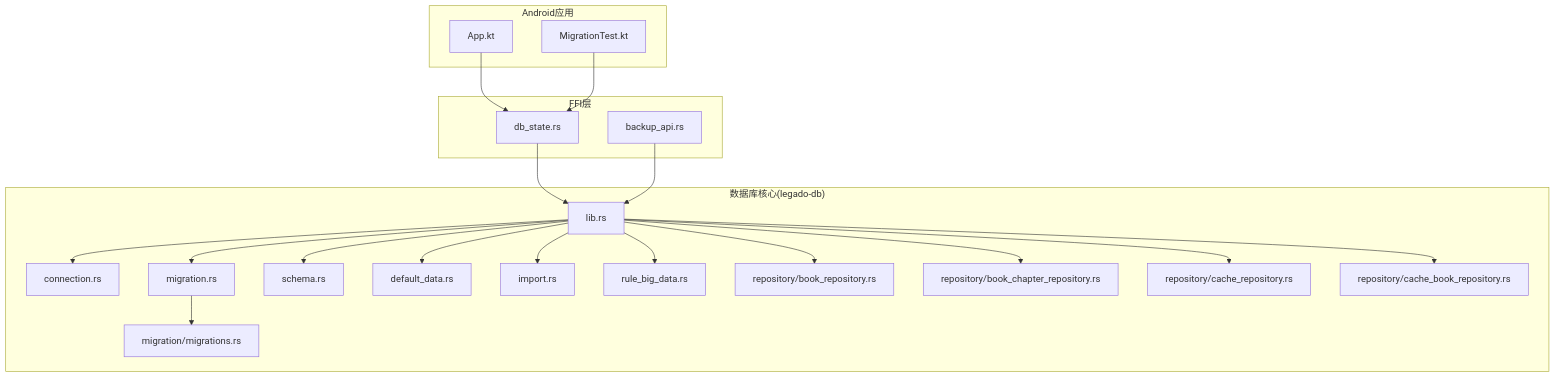
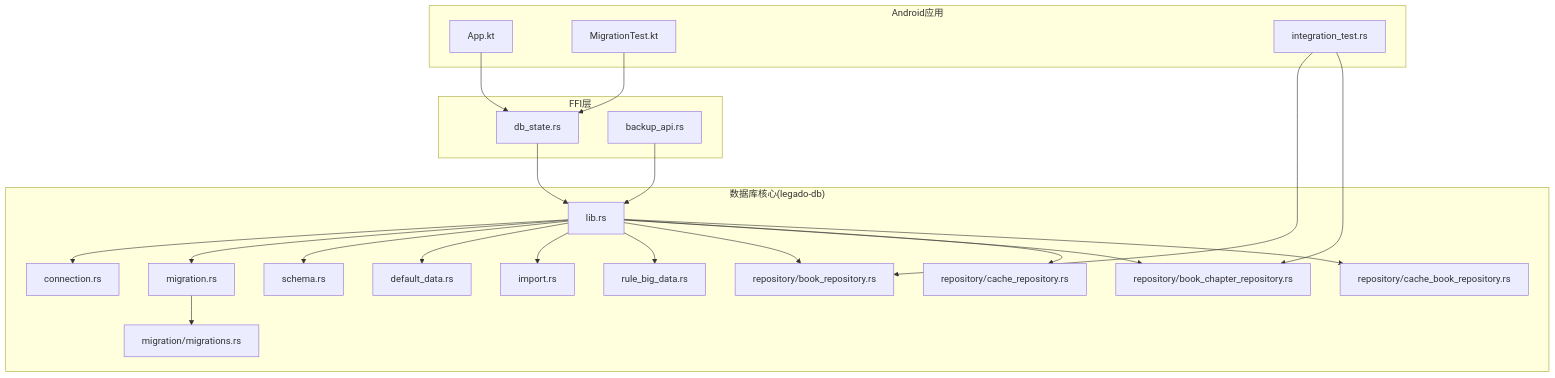
The first of 11 diagrams in .qoder/repowiki/zh/content/Rust核心库/数据库层/数据库层.md (ZhangGHGitHub/LegadoTeamFlutter), drawn with Mermaid before and after one commit. The commit also changed other lines of this file and 173 other files, not shown here.

````diff
--- a/.qoder/repowiki/zh/content/Rust核心库/数据库层/数据库层.md
+++ b/.qoder/repowiki/zh/content/Rust核心库/数据库层/数据库层.md
@@ -44,40 +55,43 @@
 ```mermaid
 graph TB
 subgraph "Android应用"
 AppKt["App.kt"]
 Test["MigrationTest.kt"]
+IntegrationTest["integration_test.rs"]
 end
 subgraph "FFI层"
 DBState["db_state.rs"]
 BackupApi["backup_api.rs"]
 end
 subgraph "数据库核心(legado-db)"
 Lib["lib.rs"]
 Conn["connection.rs"]
 Mig["migration.rs"]
 Migs["migration/migrations.rs"]
 Schema["schema.rs"]
 DefaultData["default_data.rs"]
 Import["import.rs"]
 BigData["rule_big_data.rs"]
 RepoBook["repository/book_repository.rs"]
 RepoChapter["repository/book_chapter_repository.rs"]
 RepoCache["repository/cache_repository.rs"]
 RepoCacheBook["repository/cache_book_repository.rs"]
 end
 AppKt --> DBState
 Test --> DBState
+IntegrationTest --> RepoBook
+IntegrationTest --> RepoChapter
 DBState --> Lib
 BackupApi --> Lib
 Lib --> Conn
 Lib --> Mig
 Mig --> Migs
 Lib --> Schema
 Lib --> DefaultData
 Lib --> Import
 Lib --> BigData
 Lib --> RepoBook
 Lib --> RepoChapter
 Lib --> RepoCache
 Lib --> RepoCacheBook
 ```
````
